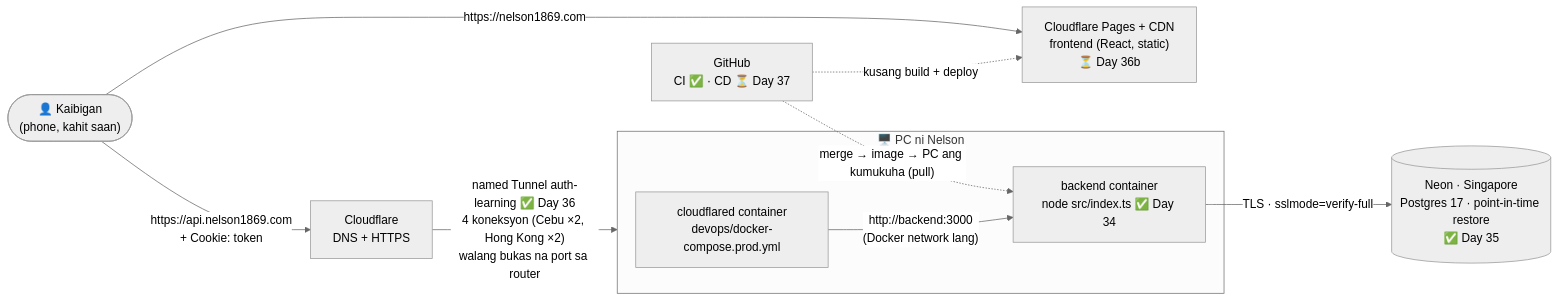
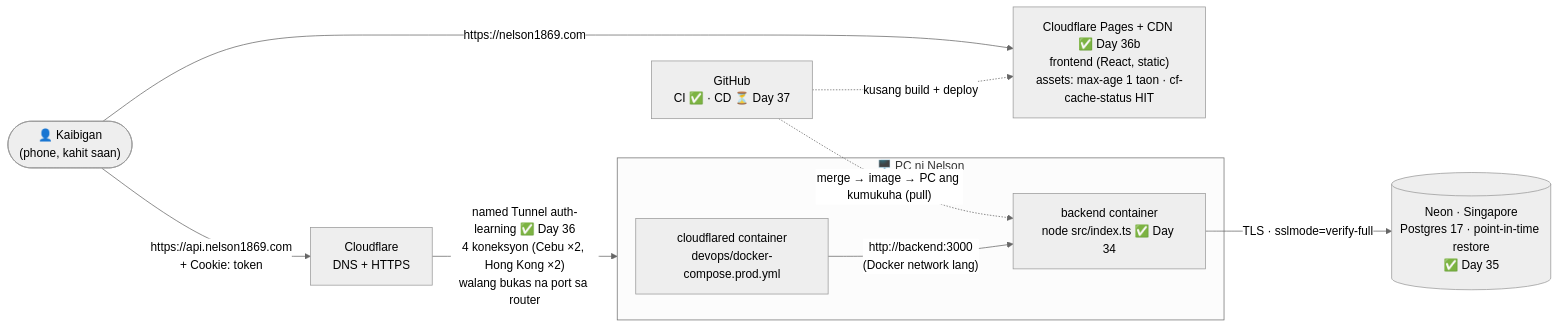
Before and after one commit to nelson1869-ai/auth-learning: the third of 3 diagrams in docs/diagrams/00-architecture.md, drawn with Mermaid (neutral theme). The commit also changed other lines of this file and 5 other files, not shown here.

Commit message:
docs: day 36b — frontend live at https://nelson1869.com, CDN and caching verified

````diff
--- a/docs/diagrams/00-architecture.md
+++ b/docs/diagrams/00-architecture.md
@@ -84,12 +84,12 @@
 ```mermaid
 flowchart LR
-    User(["👤 Kaibigan<br/>(phone, kahit saan)"]) -->|"https://nelson1869.com"| Pages["Cloudflare Pages + CDN<br/>frontend (React, static)<br/>⏳ Day 36b"]
+    User(["👤 Kaibigan<br/>(phone, kahit saan)"]) -->|"https://nelson1869.com"| Pages["Cloudflare Pages + CDN ✅ Day 36b<br/>frontend (React, static)<br/>assets: max-age 1 taon · cf-cache-status HIT"]
     User -->|"https://api.nelson1869.com<br/>+ Cookie: token"| Edge["Cloudflare<br/>DNS + HTTPS"]
     Edge -->|"named Tunnel auth-learning ✅ Day 36<br/>4 koneksyon (Cebu ×2, Hong Kong ×2)<br/>walang bukas na port sa router"| PC
     subgraph PC["🖥️ PC ni Nelson"]
         CFD["cloudflared container<br/>devops/docker-compose.prod.yml"] -->|"http://backend:3000<br/>(Docker network lang)"| BE["backend container<br/>node src/index.ts ✅ Day 34"]
     end
     BE -->|"TLS · sslmode=verify-full"| Neon[("Neon · Singapore<br/>Postgres 17 · point-in-time restore<br/>✅ Day 35")]
     GH["GitHub<br/>CI ✅ · CD ⏳ Day 37"] -.->|"merge → image → PC ang kumukuha (pull)"| BE
     GH -.->|"kusang build + deploy"| Pages
 ```
````
